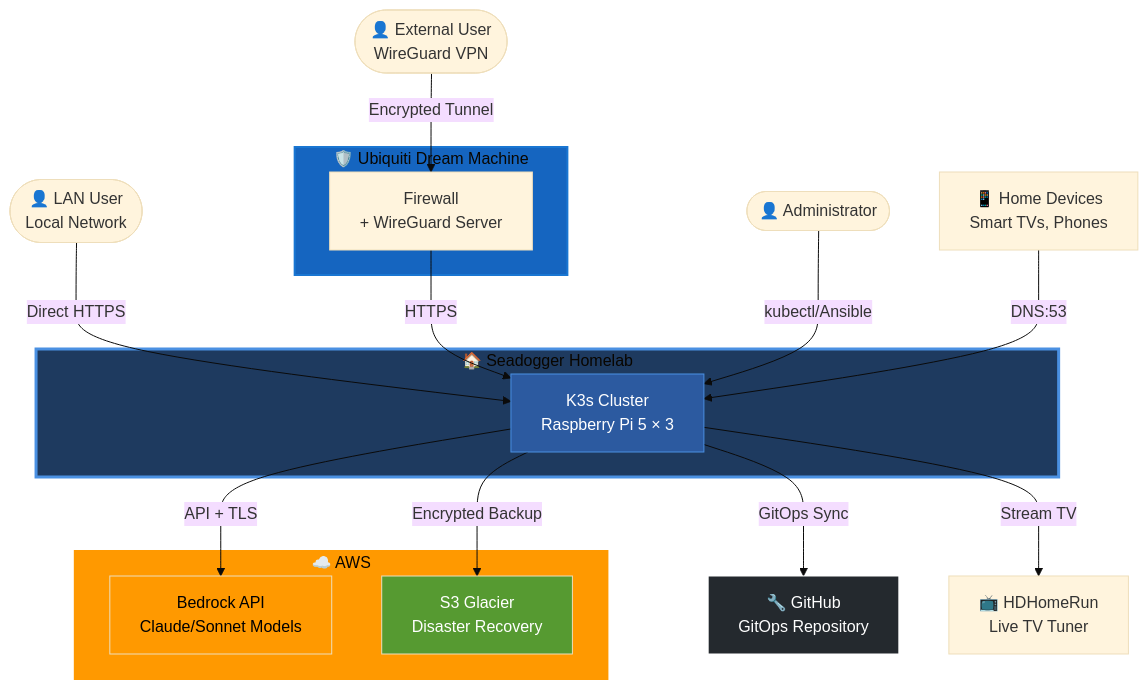
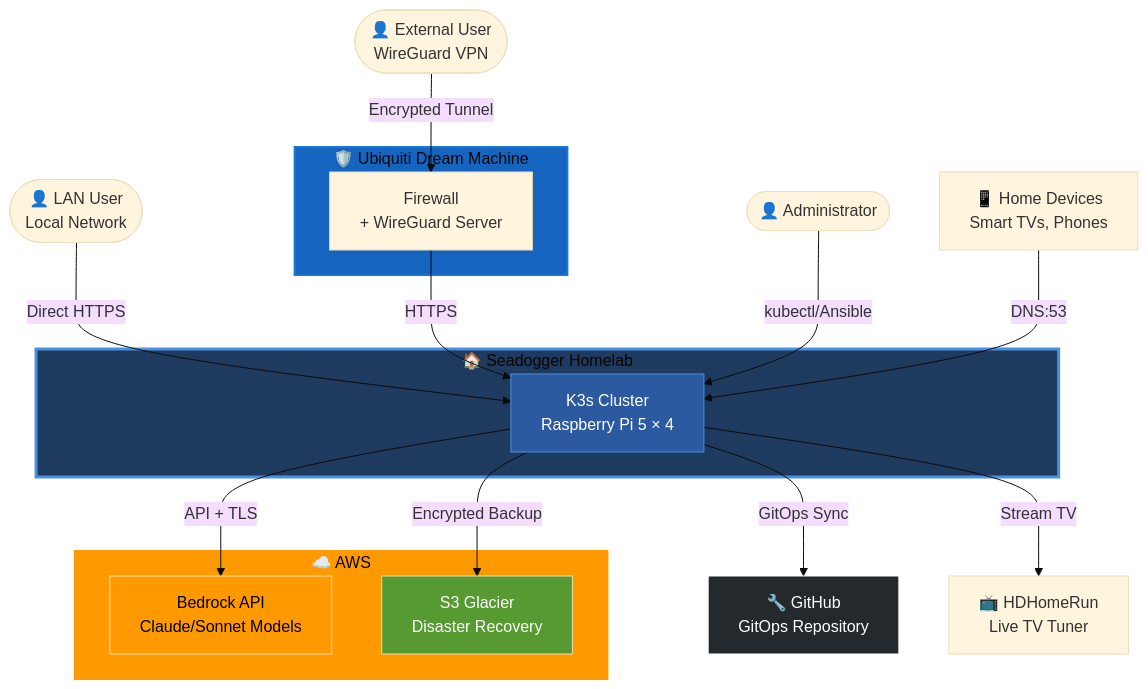
The first of 6 diagrams in docs/wiki/02-Architecture.md (seadogger-tech/seadogger-homelab), drawn with Mermaid (base theme) before and after one commit. The commit also changed 4 other files, not shown here.

````diff
--- a/docs/wiki/02-Architecture.md
+++ b/docs/wiki/02-Architecture.md
@@ -18,42 +18,42 @@
 ```mermaid
 graph TB
     LAN_User([👤 LAN User<br/>Local Network])
     VPN_User([👤 External User<br/>WireGuard VPN])
     Admin([👤 Administrator])
 
     subgraph UDM["🛡️ Ubiquiti Dream Machine"]
         Firewall[Firewall<br/>+ WireGuard Server]
     end
 
     subgraph Homelab["🏠 Seadogger Homelab"]
-        K3s[K3s Cluster<br/>Raspberry Pi 5 × 3]
+        K3s[K3s Cluster<br/>Raspberry Pi 5 × 4]
     end
 
     subgraph AWS_Cloud["☁️ AWS"]
         Bedrock[Bedrock API<br/>Claude/Sonnet Models]
         S3[S3 Glacier<br/>Disaster Recovery]
     end
 
     GitHub[🔧 GitHub<br/>GitOps Repository]
     HDHomeRun[📺 HDHomeRun<br/>Live TV Tuner]
     Devices[📱 Home Devices<br/>Smart TVs, Phones]
 
     LAN_User -->|Direct HTTPS| K3s
     VPN_User -->|Encrypted Tunnel| Firewall
     Firewall -->|HTTPS| K3s
     Admin -->|kubectl/Ansible| K3s
 
     K3s -->|API + TLS| Bedrock
     K3s -->|GitOps Sync| GitHub
     K3s -->|Encrypted Backup| S3
     K3s -->|Stream TV| HDHomeRun
     Devices -->|DNS:53| K3s
 
     style UDM fill:#1565c0,stroke:#1976d2,stroke-width:2px
     style Homelab fill:#1e3a5f,stroke:#4a90e2,stroke-width:3px
     style K3s fill:#2c5aa0,stroke:#4a90e2,color:#fff
     style AWS_Cloud fill:#ff9900,stroke:#ff9900,stroke-width:2px
     style Bedrock fill:#ff9900,color:#000
     style S3 fill:#569a31,color:#fff
     style GitHub fill:#24292e,stroke:#ffffff,color:#fff
 ```
````
